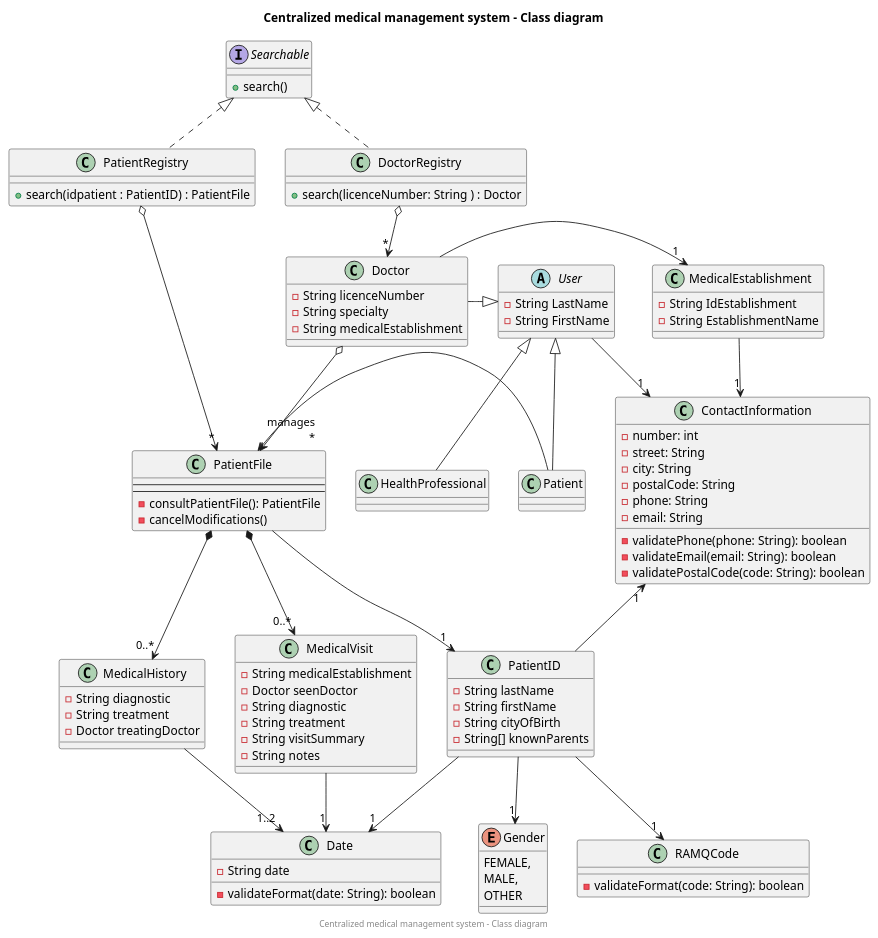
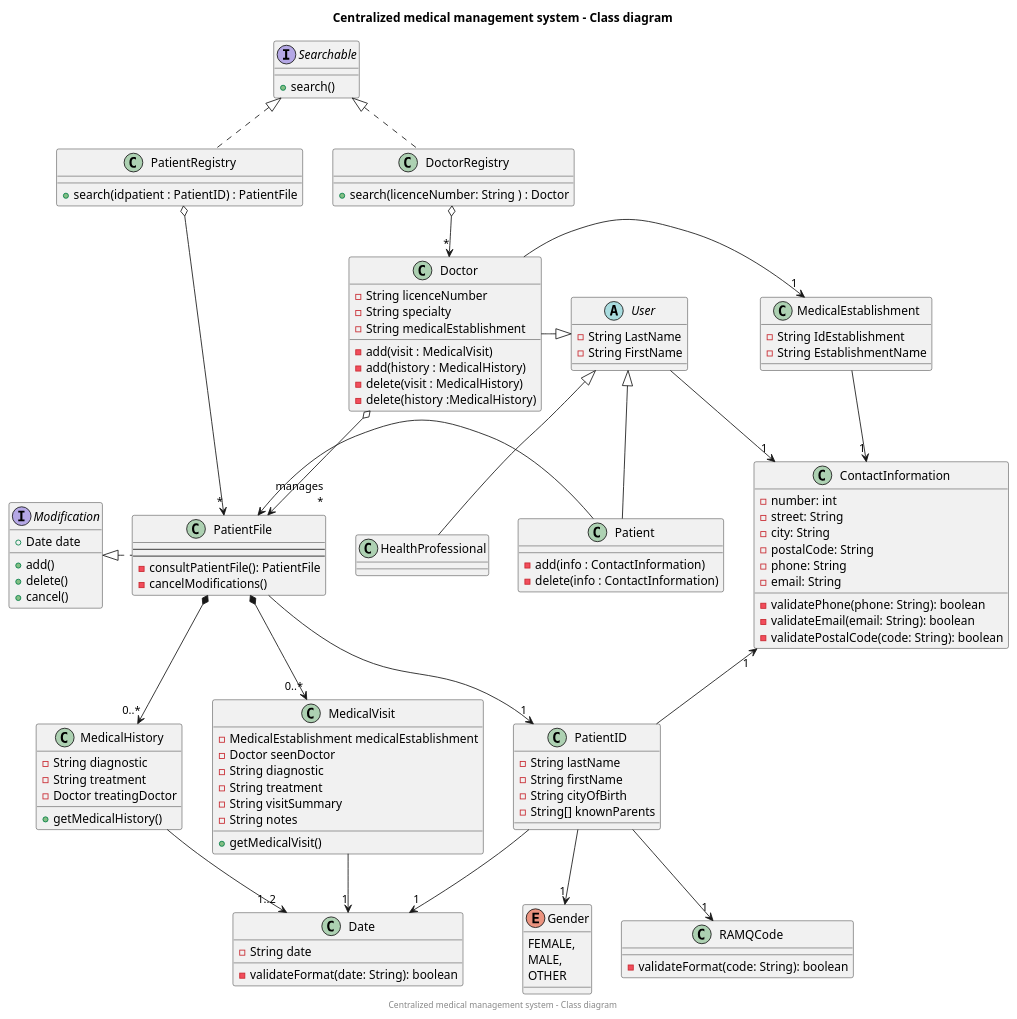
The diagram in Models/plantuml/class.puml (AmineSdi/PROJET_JAVAFX), drawn with PlantUML before and after one commit.

Commit message:
Ajoute des méthodes au diagramme de classe

```diff
--- a/Models/plantuml/class.puml
+++ b/Models/plantuml/class.puml
@@ -1,148 +1,163 @@
 @startuml
 title Centralized medical management system - Class diagram
 center footer Centralized medical management system - Class diagram
 
 ' TODO : Methods for each class.
 ' TODO : Add responsibilities? interfaces?
 ' TODO : clean up
 
 class PatientRegistry {
 + search(idpatient : PatientID) : PatientFile
 }
 PatientRegistry o-> "*" PatientFile
 
 interface Searchable {
 + search()
 }
 Searchable <|.. DoctorRegistry
 Searchable <|.. PatientRegistry
 
 class DoctorRegistry {
 + search(licenceNumber: String ) : Doctor
 }
 DoctorRegistry o--> "*" Doctor
 
 class PatientFile{
 '    -PatientID patientID
 '    -MedicalVisits[] medicalVisits
 '    -MedicalHistory[] medicalHistory
     --
     'PUBLIC METHODS
     --
     'PRIVATE METHODS
     - consultPatientFile(): PatientFile
     - cancelModifications()
 }
 
 abstract class User{
 - String LastName
 - String FirstName
 }
 
 class Patient{
-{method}
+{method}- add(info : ContactInformation)
+-delete(info : ContactInformation)
 }
 PatientFile <- Patient
 
 User <|-- Patient
 User -->"1" ContactInformation
 
 
 class HealthProfessional{
 }
 
 User <|-- HealthProfessional
 
 class MedicalEstablishment{
 
 - String IdEstablishment
 - String EstablishmentName
 
 }
 MedicalEstablishment ->"1" ContactInformation
 Doctor ->"1" MedicalEstablishment
 
 class MedicalHistory{
     -String diagnostic
     -String treatment
     -Doctor treatingDoctor
 '    -DatePair datePair
+{method} + getMedicalHistory()
 }
 
 class MedicalVisit{
-    -String medicalEstablishment
+    -MedicalEstablishment medicalEstablishment
     -Doctor seenDoctor
-'    -Date visitDate
+'   -Date visitDate
     -String diagnostic
     -String treatment
     -String visitSummary
     -String notes
+{method} +getMedicalVisit()
 }
 
 class Doctor{
     -String licenceNumber
     -String specialty
     -String medicalEstablishment
+{method}- add(visit : MedicalVisit)
+- add(history : MedicalHistory)
+-delete(visit : MedicalHistory)
+- delete(history :MedicalHistory)
 
-'   -searchPatientFile(date: Date): PatientFile[]
 }
 
 class PatientID {
     -String lastName
     -String firstName
 '    -Date dateOfBirth
     -String cityOfBirth
     -String[] knownParents
 }
 
 class ContactInformation {
     - number: int
     - street: String
     - city: String
     - postalCode: String
     - phone: String
     - email: String
 '    + modifyContactInfo()
     - validatePhone(phone: String): boolean
     - validateEmail(email: String): boolean
     - validatePostalCode(code: String): boolean
 }
 
 'class Interface{
 '}
 
 class RAMQCode{
     -validateFormat(code: String): boolean
 }
 
 class Date{
     -String date
     -validateFormat(date: String): boolean
 }
 
+interface Modification {
++ Date date
+{method}+ add()
++ delete()
++ cancel()
+
+}
+Modification <|. PatientFile
+
 enum Gender{
     FEMALE,
     MALE,
     OTHER
 }
 
 'Interface -- Doctor
 'Interface -- PatientFile
 
 Doctor o--> "manages\r*" PatientFile
 Doctor -|> User
 
 PatientFile --> "1" PatientID
 PatientFile *--> "0..*" MedicalHistory
 PatientFile *--> "0..*" MedicalVisit
 
 PatientID --> "1" Date
 PatientID --> "1" RAMQCode
 PatientID --> "1" Gender
 
 ContactInformation "1" <- PatientID
 
 MedicalHistory --> "1..2" Date
 MedicalVisit --> "1" Date
 
 @enduml
```
